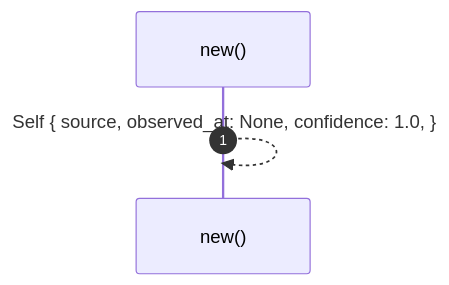
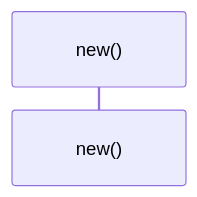
Before and after one commit to RyanGuild/self-describing-code: the diagram in .robby/diagrams/seq-rust-robby-ir-model-impl-provenance-new.mmd, drawn with Mermaid. The commit also changed 1404 other files, not shown here.

```diff
--- a/.robby/diagrams/seq-rust-robby-ir-model-impl-provenance-new.mmd
+++ b/.robby/diagrams/seq-rust-robby-ir-model-impl-provenance-new.mmd
@@ -1,4 +1,3 @@
 sequenceDiagram
     autonumber
     participant new as new()
-    new-->>new: Self { source, observed_at: None, confidence: 1.0, }
```
